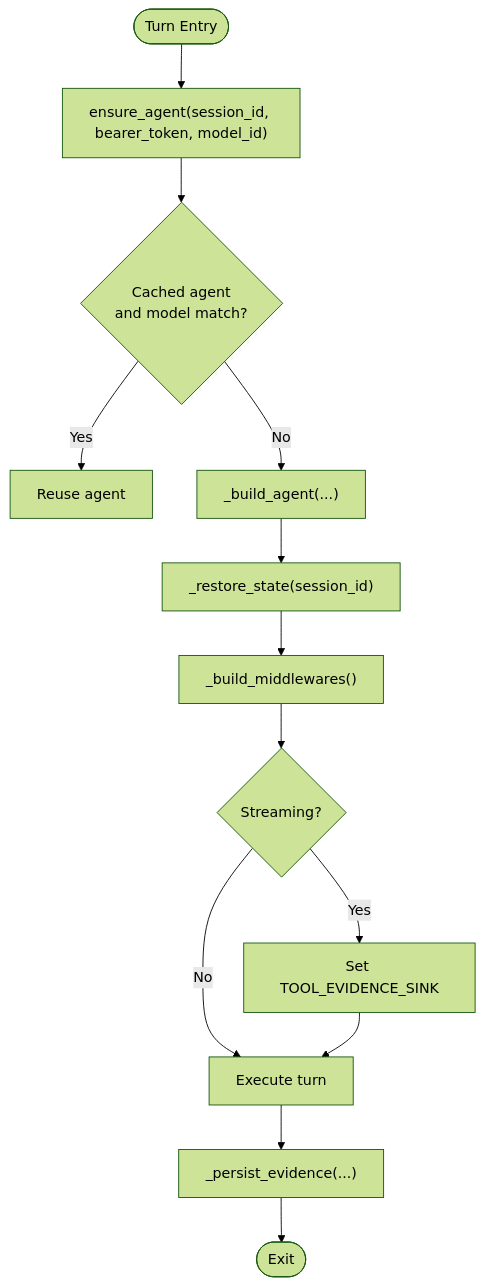
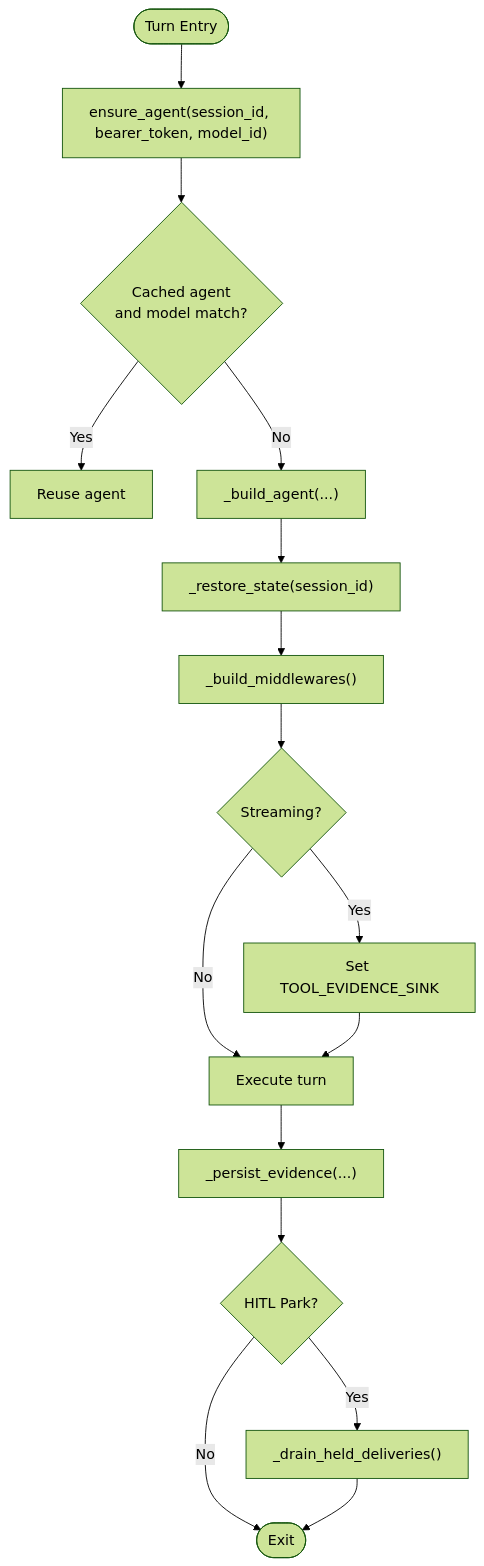
Before and after one commit to metasync/luban-aiops: the third of 9 diagrams in .qoder/repowiki/en/content/Core Services/Agent Platform/Runtime Kernel and Middleware.md, drawn with Mermaid (forest theme). The commit also changed other lines of this file and 56 other files, not shown here.

````diff
--- a/.qoder/repowiki/en/content/Core Services/Agent Platform/Runtime Kernel and Middleware.md
+++ b/.qoder/repowiki/en/content/Core Services/Agent Platform/Runtime Kernel and Middleware.md
@@ -160,15 +169,18 @@
 ```mermaid
 flowchart TD
 Start(["Turn Entry"]) --> EnsureAgent["ensure_agent(session_id, bearer_token, model_id)"]
 EnsureAgent --> CacheHit{"Cached agent<br/>and model match?"}
 CacheHit --> |Yes| UseAgent["Reuse agent"]
 CacheHit --> |No| BuildAgent["_build_agent(...)"]
 BuildAgent --> RestoreState["_restore_state(session_id)"]
 RestoreState --> ComposeMW["_build_middlewares()"]
 ComposeMW --> StreamOrReply{"Streaming?"}
 StreamOrReply --> |Yes| SetSink["Set TOOL_EVIDENCE_SINK"]
 StreamOrReply --> |No| Execute["Execute turn"]
 SetSink --> Execute
 Execute --> PersistEvidence["_persist_evidence(...)"]
-PersistEvidence --> End(["Exit"])
+PersistEvidence --> CheckPark{"HITL Park?"}
+CheckPark --> |Yes| DrainDeliveries["_drain_held_deliveries()"]
+CheckPark --> |No| End(["Exit"])
+DrainDeliveries --> End
 ```
````
